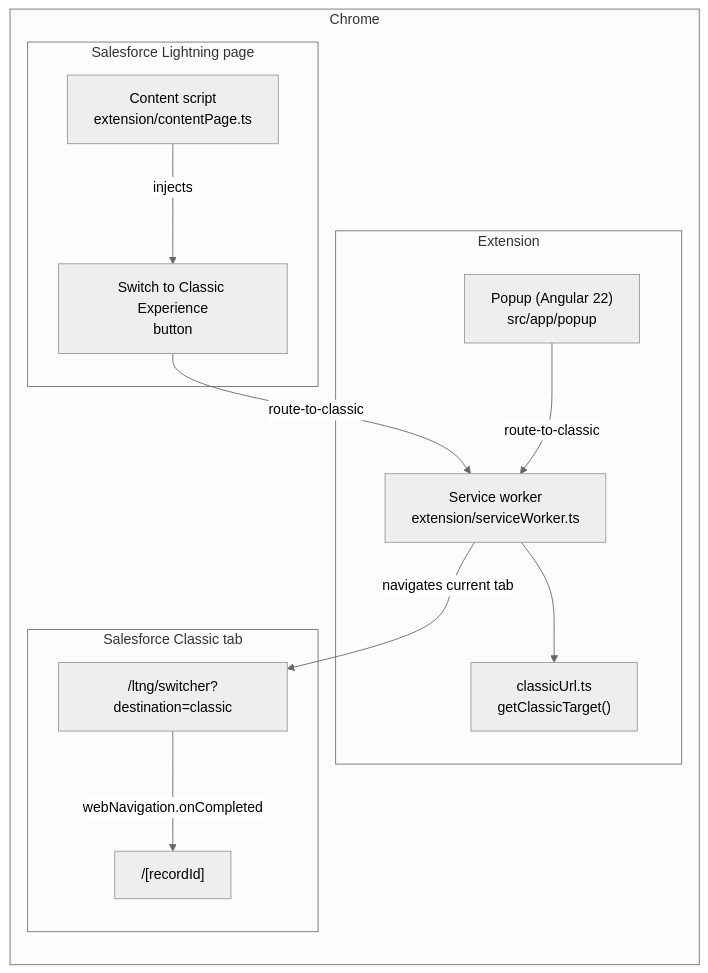
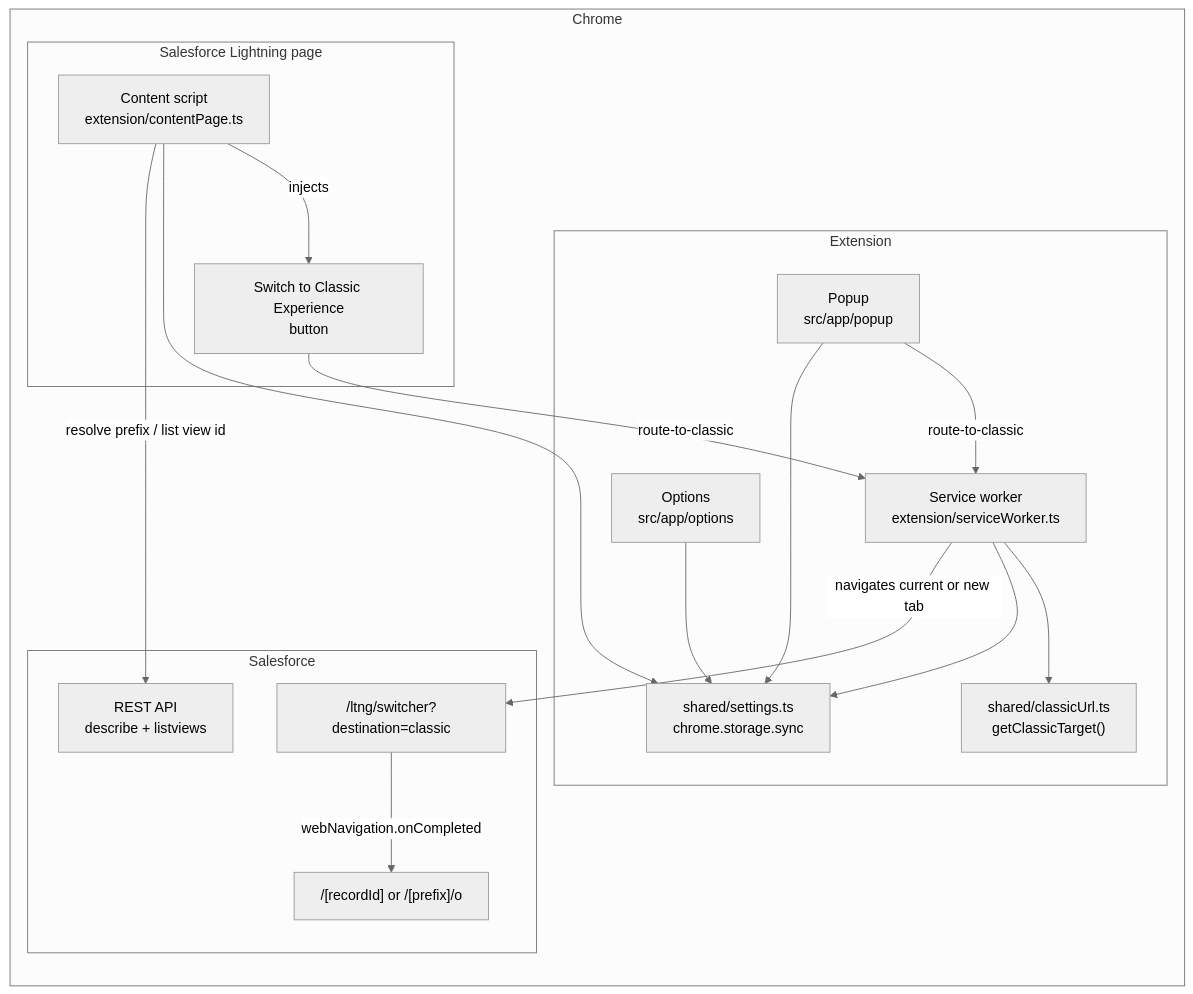
The first of 3 diagrams in docs/architecture.md (selegic/switch-to-classic), drawn with Mermaid (neutral theme) before and after one commit. The commit also changed other lines of this file and 25 other files, not shown here.

First line of the commit message:
feat: exact list views, popup status, options, and UI refresh (#20)

````diff
--- a/docs/architecture.md
+++ b/docs/architecture.md
@@ -6,29 +6,37 @@
 ```mermaid
 flowchart LR
     subgraph Browser["Chrome"]
         direction TB
 
         subgraph Lightning["Salesforce Lightning page"]
             CS["Content script<br/>extension/contentPage.ts"]
             BTN["Switch to Classic Experience<br/>button"]
             CS -->|injects| BTN
         end
 
         subgraph Extension["Extension"]
-            POP["Popup (Angular 22)<br/>src/app/popup"]
+            POP["Popup<br/>src/app/popup"]
+            OPT["Options<br/>src/app/options"]
             SW["Service worker<br/>extension/serviceWorker.ts"]
-            URL["classicUrl.ts<br/>getClassicTarget()"]
+            URL["shared/classicUrl.ts<br/>getClassicTarget()"]
+            SET["shared/settings.ts<br/>chrome.storage.sync"]
         end
 
-        subgraph Classic["Salesforce Classic tab"]
+        subgraph Salesforce["Salesforce"]
+            API["REST API<br/>describe + listviews"]
             SWITCHER["/ltng/switcher?destination=classic"]
-            RECORD["/[recordId]"]
+            TARGET["/[recordId] or /[prefix]/o"]
         end
     end
 
     BTN -->|"route-to-classic"| SW
     POP -->|"route-to-classic"| SW
+    OPT --> SET
+    POP --> SET
+    CS --> SET
+    CS -->|"resolve prefix / list view id"| API
     SW --> URL
-    SW -->|navigates current tab| SWITCHER
-    SWITCHER -->|"webNavigation.onCompleted"| RECORD
+    SW --> SET
+    SW -->|navigates current or new tab| SWITCHER
+    SWITCHER -->|"webNavigation.onCompleted"| TARGET
 ```
````
